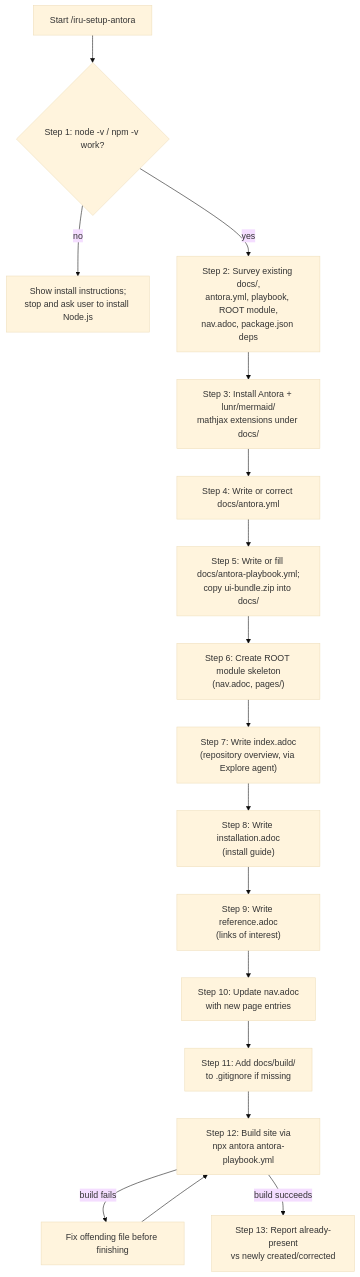
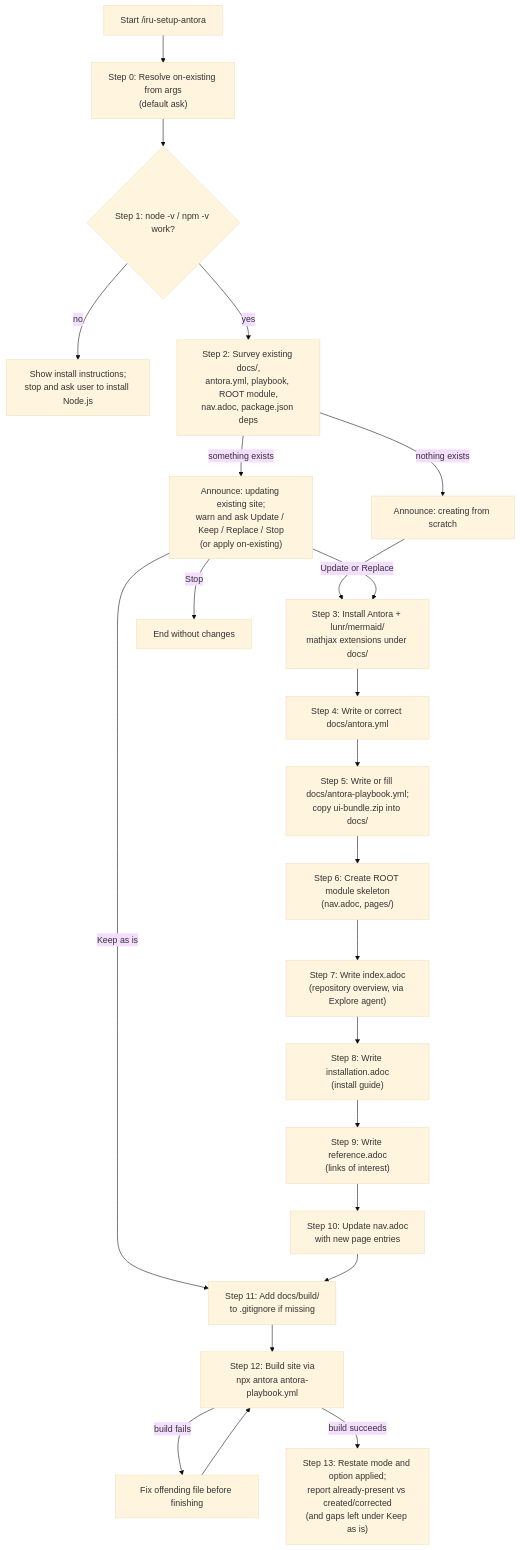
One commit to albertoirurueta/ai-catalog changed the diagram in docs/modules/ROOT/pages/skills/iru-setup-antora.adoc. Above: the diagram before and after it, drawn with Mermaid (base theme). The commit also changed other lines of this file and 87 other files, not shown here.

```diff
--- a/docs/modules/ROOT/pages/skills/iru-setup-antora.adoc
+++ b/docs/modules/ROOT/pages/skills/iru-setup-antora.adoc
@@ -68,20 +83,26 @@
 [mermaid]
 ....
 flowchart TD
-    A[Start /iru-setup-antora] --> B{"Step 1: node -v / npm -v work?"}
+    A[Start /iru-setup-antora] --> A0["Step 0: Resolve on-existing from args\n(default ask)"]
+    A0 --> B{"Step 1: node -v / npm -v work?"}
     B -- no --> C["Show install instructions;\nstop and ask user to install Node.js"]
     B -- yes --> D["Step 2: Survey existing docs/,\nantora.yml, playbook, ROOT module,\nnav.adoc, package.json deps"]
-    D --> E["Step 3: Install Antora + lunr/mermaid/\nmathjax extensions under docs/"]
+    D -- nothing exists --> D1["Announce: creating from scratch"]
+    D1 --> E
+    D -- something exists --> D2["Announce: updating existing site;\nwarn and ask Update / Keep / Replace / Stop\n(or apply on-existing)"]
+    D2 -- Stop --> Z["End without changes"]
+    D2 -- Keep as is --> M
+    D2 -- Update or Replace --> E["Step 3: Install Antora + lunr/mermaid/\nmathjax extensions under docs/"]
     E --> F["Step 4: Write or correct docs/antora.yml"]
     F --> G["Step 5: Write or fill docs/antora-playbook.yml;\ncopy ui-bundle.zip into docs/"]
     G --> H["Step 6: Create ROOT module skeleton\n(nav.adoc, pages/)"]
     H --> I["Step 7: Write index.adoc\n(repository overview, via Explore agent)"]
     I --> J["Step 8: Write installation.adoc\n(install guide)"]
     J --> K["Step 9: Write reference.adoc\n(links of interest)"]
     K --> L["Step 10: Update nav.adoc\nwith new page entries"]
     L --> M["Step 11: Add docs/build/\nto .gitignore if missing"]
     M --> N["Step 12: Build site via\nnpx antora antora-playbook.yml"]
     N -- build fails --> O[Fix offending file before finishing]
     O --> N
-    N -- build succeeds --> P["Step 13: Report already-present\nvs newly created/corrected"]
+    N -- build succeeds --> P["Step 13: Restate mode and option applied;\nreport already-present vs created/corrected\n(and gaps left under Keep as is)"]
 ....
```
